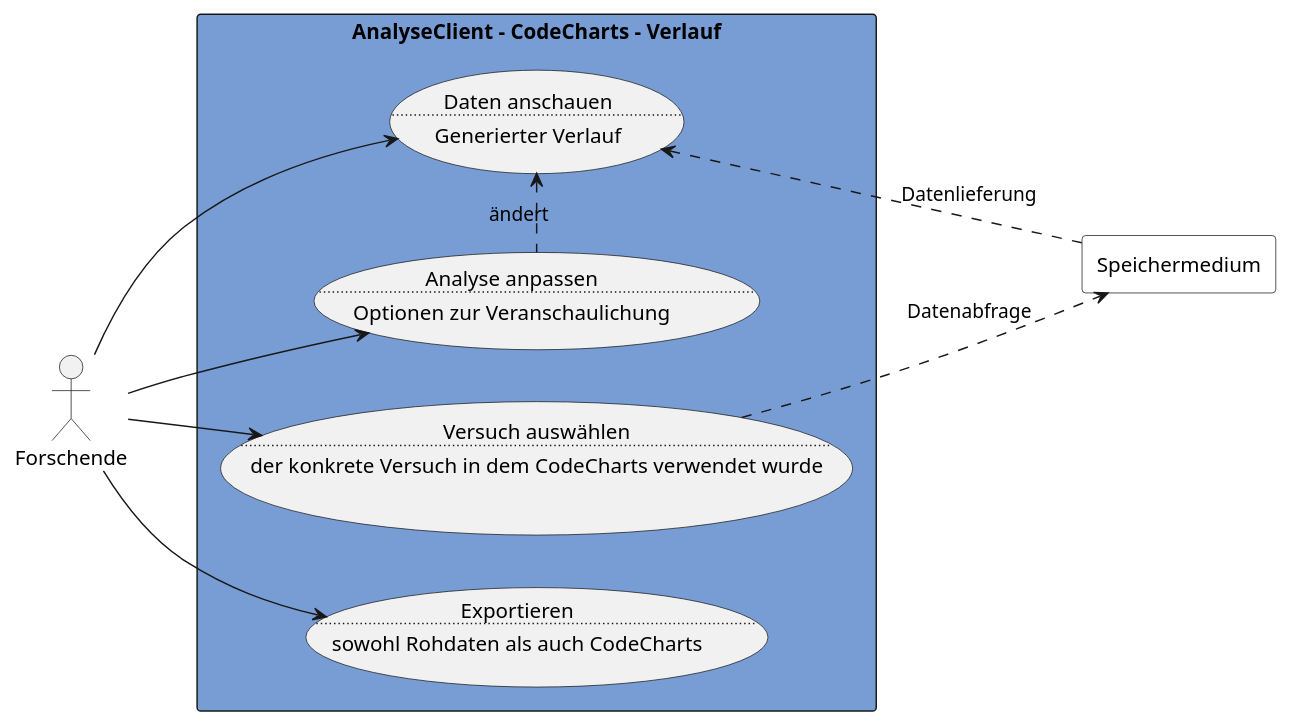
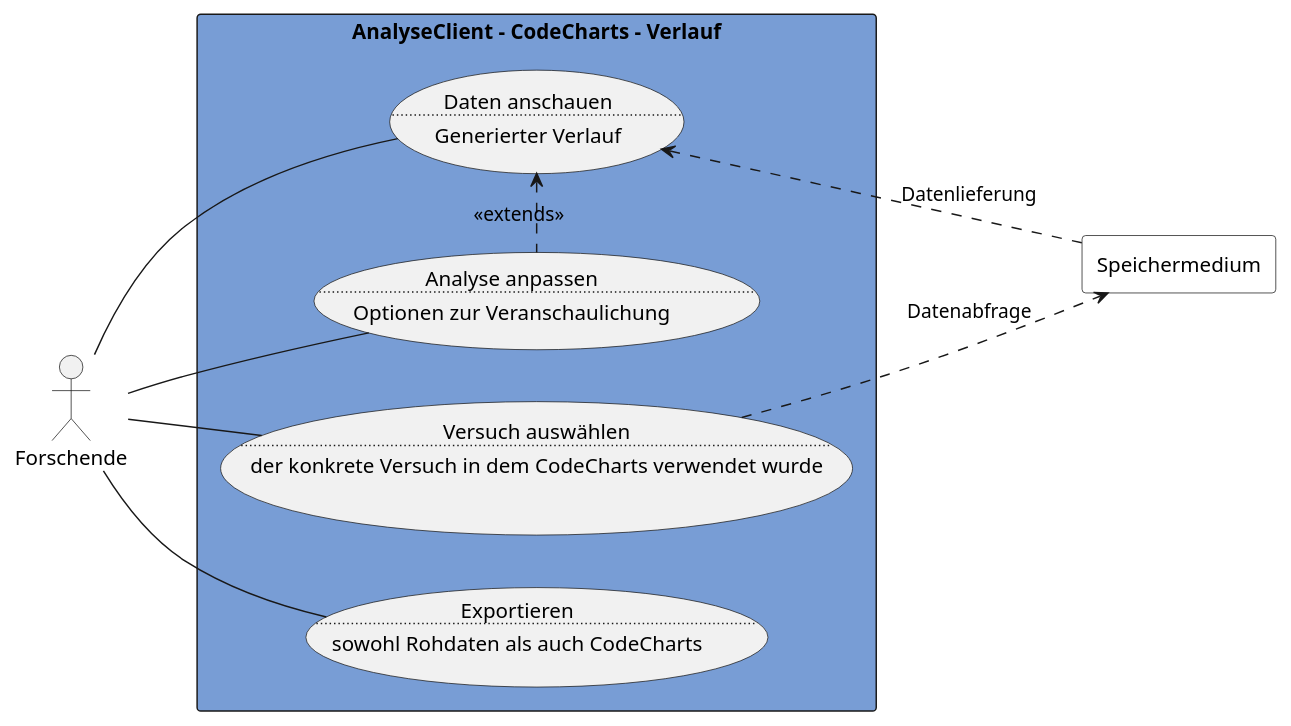
Before and after one commit to weichware10/meilensteine: the diagram in meilenstein_05/usecase-analyse-codecharts/usecase-analyse-code_charts.puml, drawn with PlantUML.

```diff
--- a/meilenstein_05/usecase-analyse-codecharts/usecase-analyse-code_charts.puml
+++ b/meilenstein_05/usecase-analyse-codecharts/usecase-analyse-code_charts.puml
@@ -1,39 +1,34 @@
 @startuml analyse-code_charts
 left to right direction
 
 actor Forschende as f
 
 rectangle "AnalyseClient - CodeCharts - Verlauf" #789dd5 {
-    ' usecase aw as "Analysemethode wählen
-    ' ..
-    ' hier: Verlauf"
     usecase va as "Versuch auswählen
     ..
     der konkrete Versuch in dem CodeCharts verwendet wurde"
     usecase da as "Daten anschauen
     ..
     Generierter Verlauf"
     usecase aa as "Analyse anpassen
     ..
     Optionen zur Veranschaulichung"
     usecase ex as "Exportieren
     ..
     sowohl Rohdaten als auch CodeCharts"
 }
 
 rectangle Speichermedium as s #FFFFFF
 
-' f --> aw
-f --> da
-f --> aa
-f --> ex
-f --> va
+f -- aa
+f -- da
+f -- ex
+f -- va
 
 ' intern
 va ..> s : Datenabfrage
 s .l.> da : Datenlieferung
 
-da <.r. aa : ändert
-' n .l. va
+da <.r. aa : <<extends>>
 
 @enduml
```
